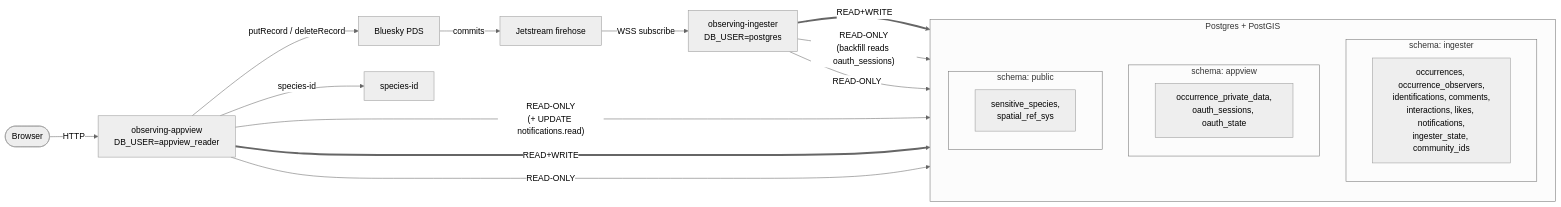
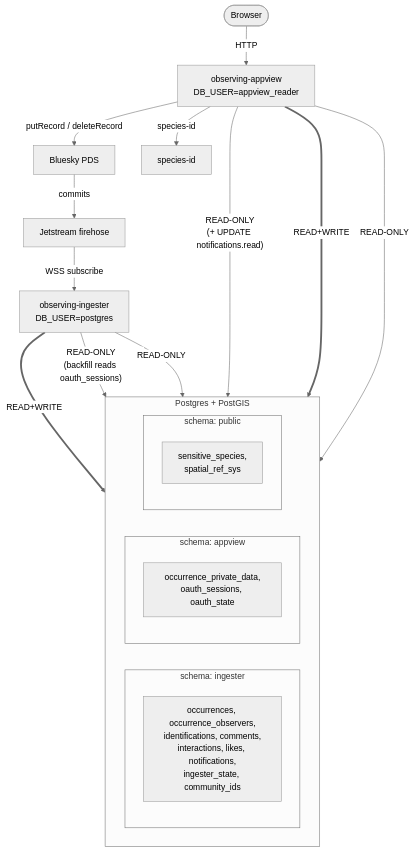
One commit to observ-ing/core changed the diagram in docs/architecture.md. Above: the diagram before and after it, drawn with Mermaid (neutral theme).

Commit message:
docs(architecture): lay out DB subgraph horizontally below services
Switch top-level flow to TB and set direction LR inside the DB subgraph
so the three schemas render as a horizontal strip instead of a tall
column on the right.

````diff
--- a/docs/architecture.md
+++ b/docs/architecture.md
@@ -5,36 +5,36 @@
 ```mermaid
-flowchart LR
+flowchart TB
     User([Browser])
     PDS[Bluesky PDS]
     JS[Jetstream firehose]
     AV[observing-appview<br/>DB_USER=appview_reader]
     IG[observing-ingester<br/>DB_USER=postgres]
     SID[species-id]
 
     subgraph DB["Postgres + PostGIS"]
-      direction TB
+      direction LR
       subgraph ING["schema: ingester"]
         ING_TBL["occurrences, occurrence_observers,<br/>identifications, comments,<br/>interactions, likes, notifications,<br/>ingester_state, community_ids"]
       end
       subgraph APPV["schema: appview"]
         APPV_TBL["occurrence_private_data,<br/>oauth_sessions, oauth_state"]
       end
       subgraph PUB["schema: public"]
         PUB_TBL["sensitive_species,<br/>spatial_ref_sys"]
       end
     end
 
     User -- HTTP --> AV
     AV -- "putRecord / deleteRecord" --> PDS
     PDS -- commits --> JS
     JS -- "WSS subscribe" --> IG
     AV -- species-id --> SID
 
     IG == "READ+WRITE" ==> ING
     IG -- "READ-ONLY<br/>(backfill reads oauth_sessions)" --> APPV
     IG -- "READ-ONLY" --> PUB
 
     AV -- "READ-ONLY<br/>(+ UPDATE notifications.read)" --> ING
     AV == "READ+WRITE" ==> APPV
     AV -- "READ-ONLY" --> PUB
 ```
````
